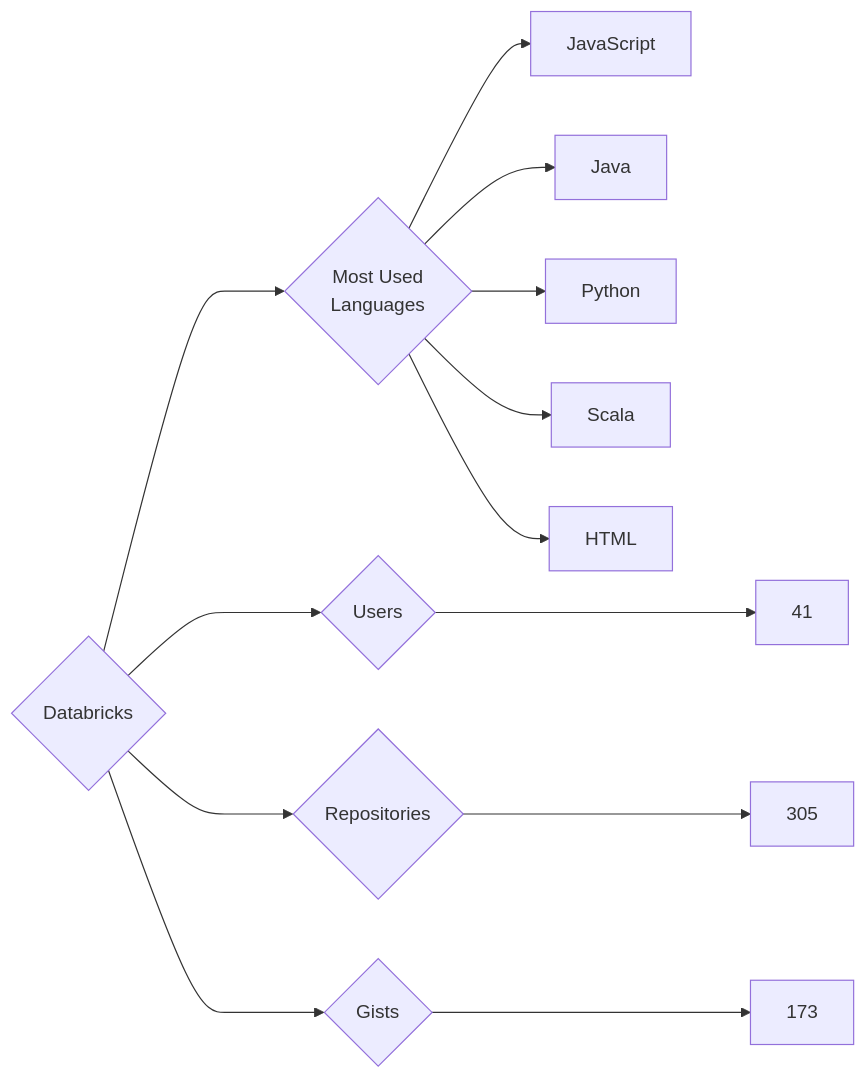
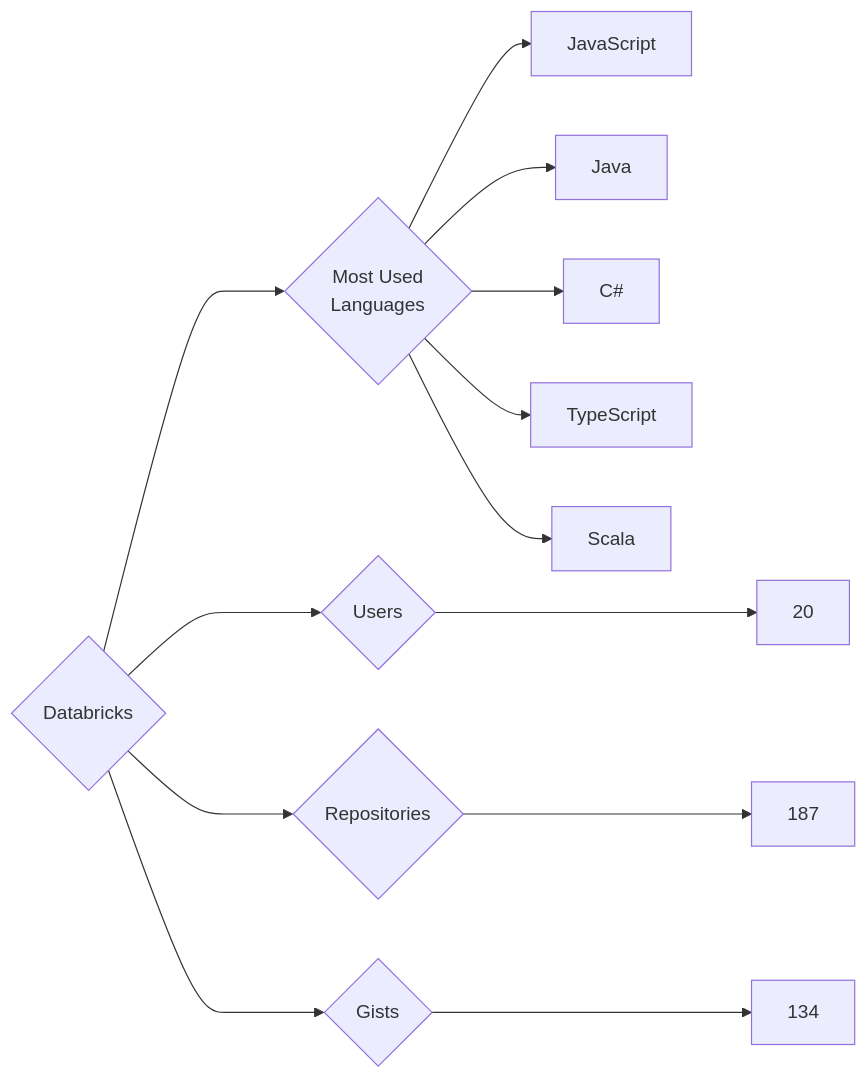
The diagram in targets/Databricks/README.md (trickest/insiders), drawn with Mermaid before and after one commit. The commit also changed 770 other files, not shown here.

````diff
--- a/targets/Databricks/README.md
+++ b/targets/Databricks/README.md
@@ -3,13 +3,13 @@
 ```mermaid
 graph LR
 COMPANY_NAME{Databricks}
-COMPANY_NAME ---> U{Users} ---> UN[41]
-COMPANY_NAME ---> R{Repositories} ---> RN[305]
-COMPANY_NAME ---> G{Gists} ---> GN[173]
+COMPANY_NAME ---> U{Users} ---> UN[20]
+COMPANY_NAME ---> R{Repositories} ---> RN[187]
+COMPANY_NAME ---> G{Gists} ---> GN[134]
 COMPANY_NAME ---> ML{Most Used<br>Languages}
 ML --> JavaScript[JavaScript]
 ML --> Java[Java]
-ML --> Python[Python]
+ML --> C#[C#]
+ML --> TypeScript[TypeScript]
 ML --> Scala[Scala]
-ML --> HTML[HTML]
 ```
````
